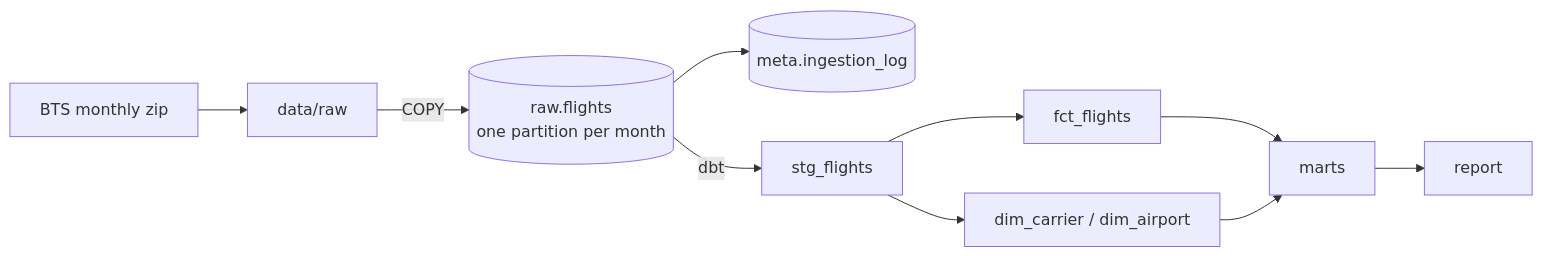
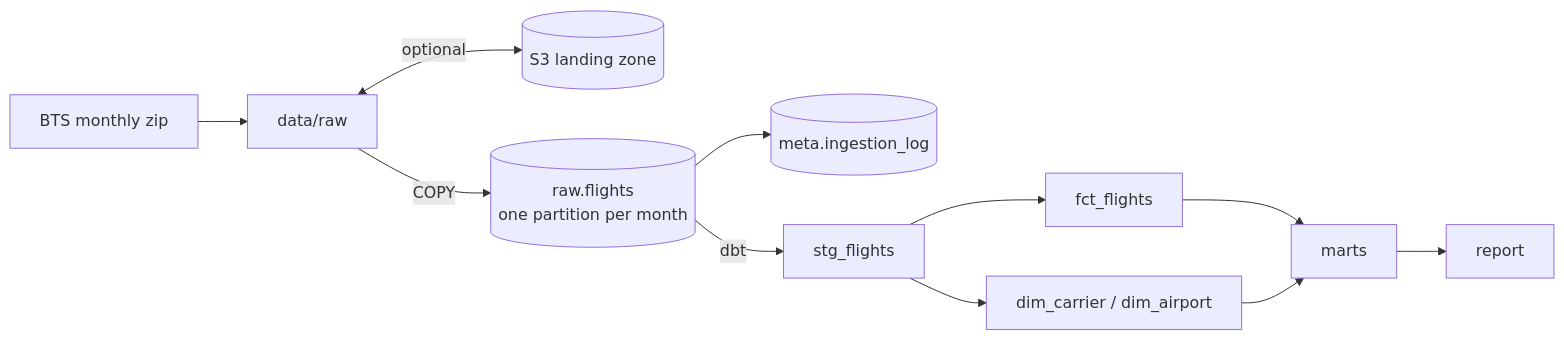
One commit to indahgloria/Airline-Performance-Pipeline changed the diagram in README.md. Above: the diagram before and after it, drawn with Mermaid. The commit also changed other lines of this file and 8 other files, not shown here.

First line of the commit message:
Add optional AWS support: S3 landing zone and RDS

````diff
--- a/README.md
+++ b/README.md
@@ -15,11 +16,12 @@
 ```mermaid
 flowchart LR
     A[BTS monthly zip] --> B[data/raw]
+    B <-->|optional| S[(S3 landing zone)]
     B -->|COPY| C[(raw.flights<br/>one partition per month)]
     C --> L[(meta.ingestion_log)]
     C -->|dbt| D[stg_flights]
     D --> E[fct_flights]
     D --> F[dim_carrier / dim_airport]
     E & F --> G[marts]
     G --> H[report]
 ```
````
